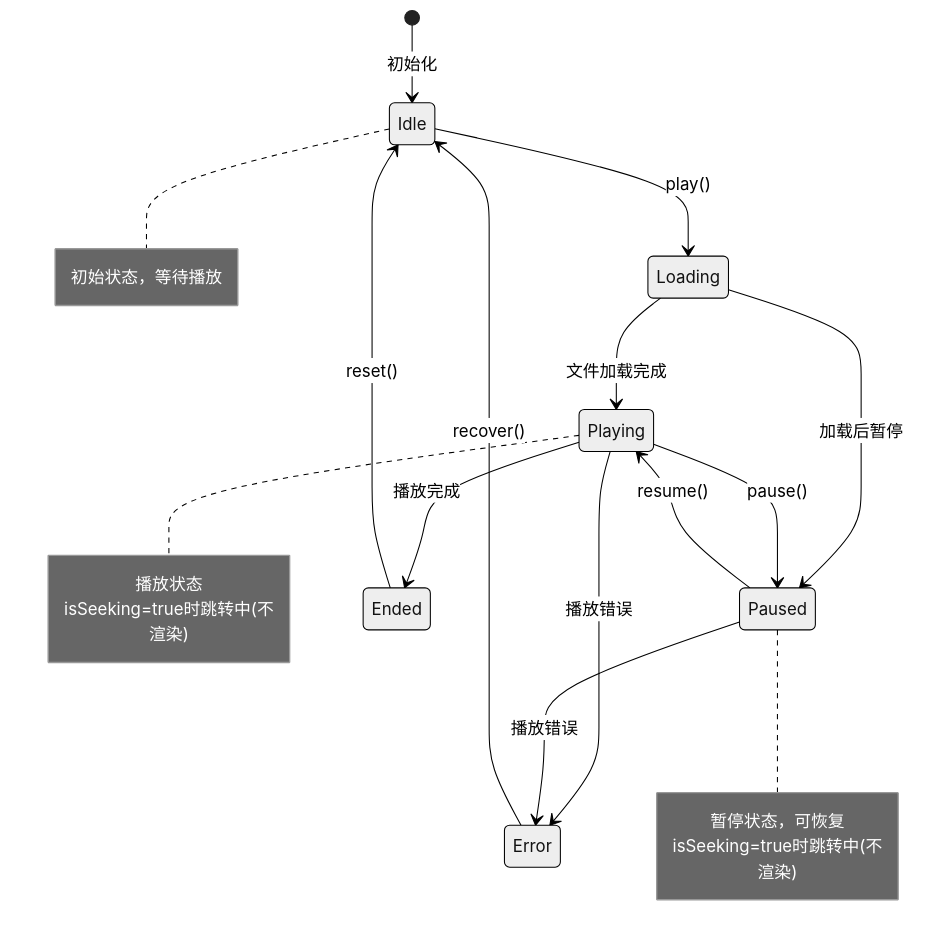
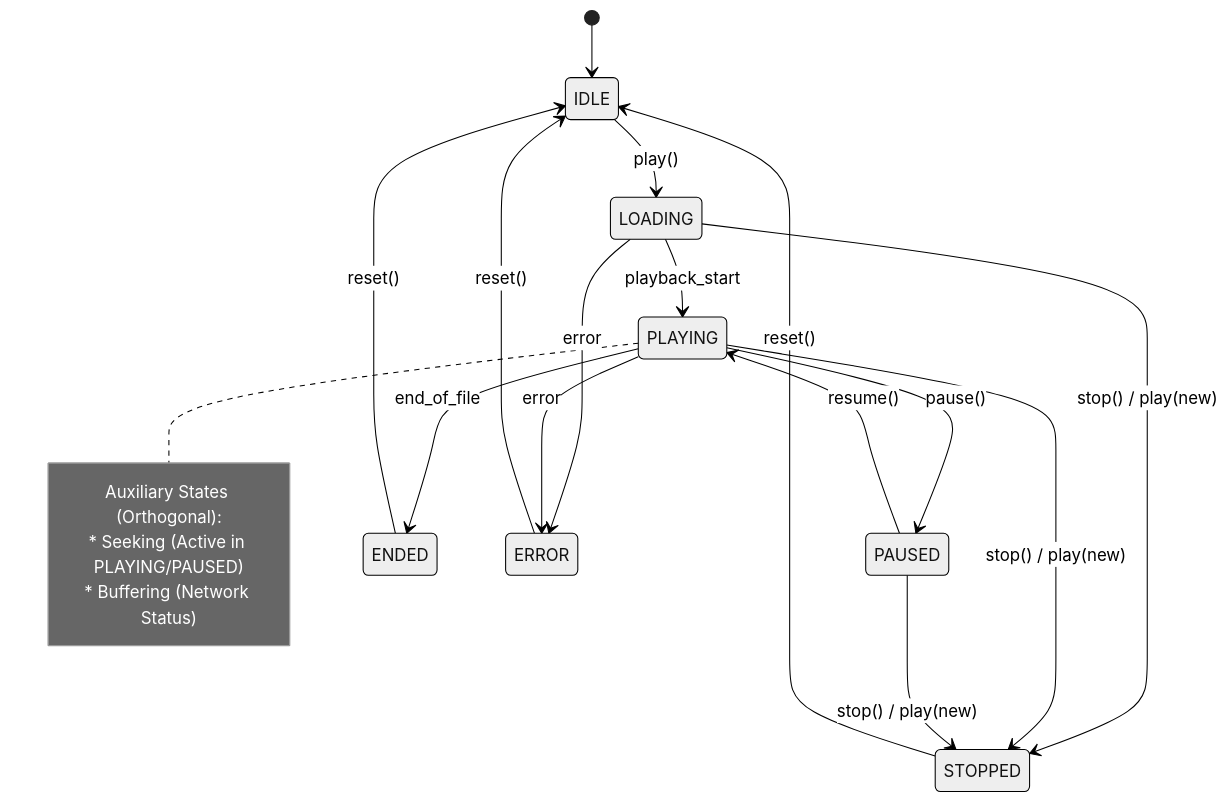
The sixth of 7 diagrams in docs/architecture/ARCHITECTURE.md (Lucas-lgm/mpv-electron), drawn with Mermaid (neutral theme) before and after one commit. The commit also changed other lines of this file, not shown here.

````diff
--- a/docs/architecture/ARCHITECTURE.md
+++ b/docs/architecture/ARCHITECTURE.md
@@ -1327,18 +263,31 @@
 ```mermaid
 stateDiagram-v2
-    [*] --> Idle: 初始化
-    Idle --> Loading: play()
-    Loading --> Playing: 文件加载完成
-    Loading --> Paused: 加载后暂停
-    Playing --> Paused: pause()
-    Paused --> Playing: resume()
-    Playing --> Ended: 播放完成
-    Ended --> Idle: reset()
-    Playing --> Error: 播放错误
-    Paused --> Error: 播放错误
-    Error --> Idle: recover()
+    [*] --> IDLE
+    IDLE --> LOADING : play()
+    LOADING --> PLAYING : playback_start
+    PLAYING --> PAUSED : pause()
+    PAUSED --> PLAYING : resume()
     
-    note right of Idle: 初始状态，等待播放
-    note right of Playing: 播放状态<br/>isSeeking=true时跳转中(不渲染)
-    note right of Paused: 暂停状态，可恢复<br/>isSeeking=true时跳转中(不渲染)
+    %% Stop transitions (Strict flow: Active -> STOPPED)
+    LOADING --> STOPPED : stop() / play(new)
+    PLAYING --> STOPPED : stop() / play(new)
+    PAUSED --> STOPPED : stop() / play(new)
+    
+    %% Lifecycle ends
+    PLAYING --> ENDED : end_of_file
+    
+    %% Error handling
+    LOADING --> ERROR : error
+    PLAYING --> ERROR : error
+    
+    %% Reset path (Only from terminal states)
+    STOPPED --> IDLE : reset()
+    ENDED --> IDLE : reset()
+    ERROR --> IDLE : reset()
+    
+    note right of PLAYING
+        Auxiliary States (Orthogonal):
+        * Seeking (Active in PLAYING/PAUSED)
+        * Buffering (Network Status)
+    end note
 ```
````
